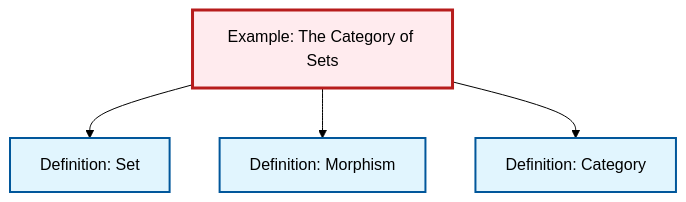
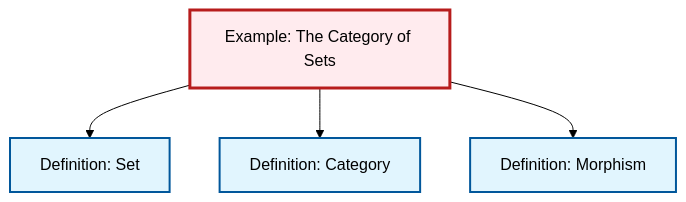
Before and after one commit to RK0429/ModernMath: the diagram in content/en/category-theory/ex-set-category.qmd, drawn with Mermaid (forest theme). The commit also changed other lines of this file and 360 other files, not shown here.

````diff
--- a/content/en/category-theory/ex-set-category.qmd
+++ b/content/en/category-theory/ex-set-category.qmd
@@ -68,20 +68,20 @@
 ```{mermaid}
 %%| fig-cap: "Local dependency graph"
 graph TD
     classDef definition fill:#e1f5fe,stroke:#01579b,stroke-width:2px
     classDef theorem fill:#f3e5f5,stroke:#4a148c,stroke-width:2px
     classDef axiom fill:#fff3e0,stroke:#e65100,stroke-width:2px
     classDef example fill:#e8f5e9,stroke:#1b5e20,stroke-width:2px
     classDef current fill:#ffebee,stroke:#b71c1c,stroke-width:3px
+    def-category["Definition: Category"]:::definition
     def-set["Definition: Set"]:::definition
+    ex-set-category["Example: The Category of Sets"]:::example
     def-morphism["Definition: Morphism"]:::definition
-    ex-set-category["Example: The Category of Sets"]:::example
-    def-category["Definition: Category"]:::definition
     ex-set-category --> def-set
+    ex-set-category --> def-category
     ex-set-category --> def-morphism
-    ex-set-category --> def-category
     class ex-set-category current
+    click def-category "def-category.html" "Go to Category definition"
     click def-set "def-set.html" "Go to Set definition"
     click def-morphism "def-morphism.html" "Go to Morphism definition"
-    click def-category "def-category.html" "Go to Category definition"
 ```
````
